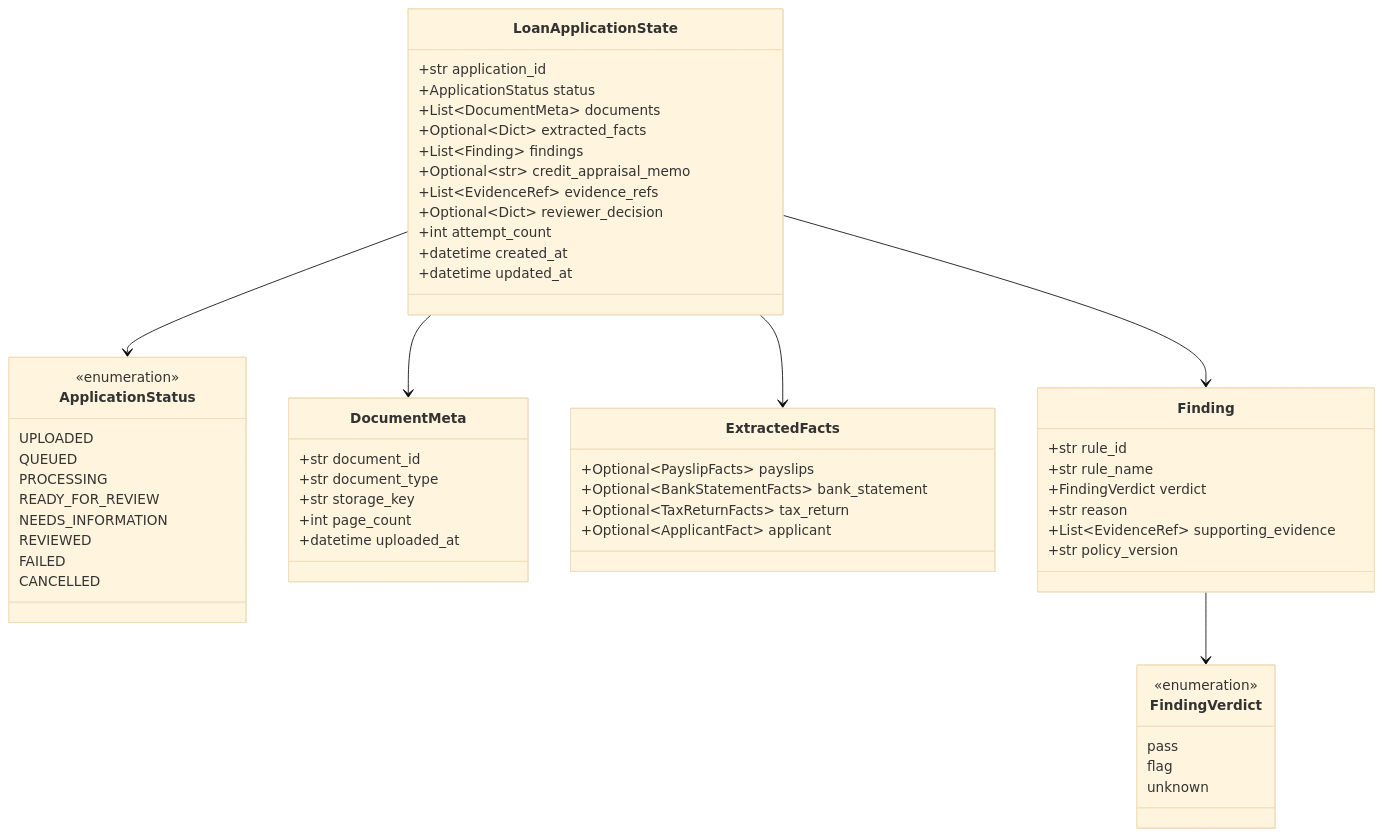
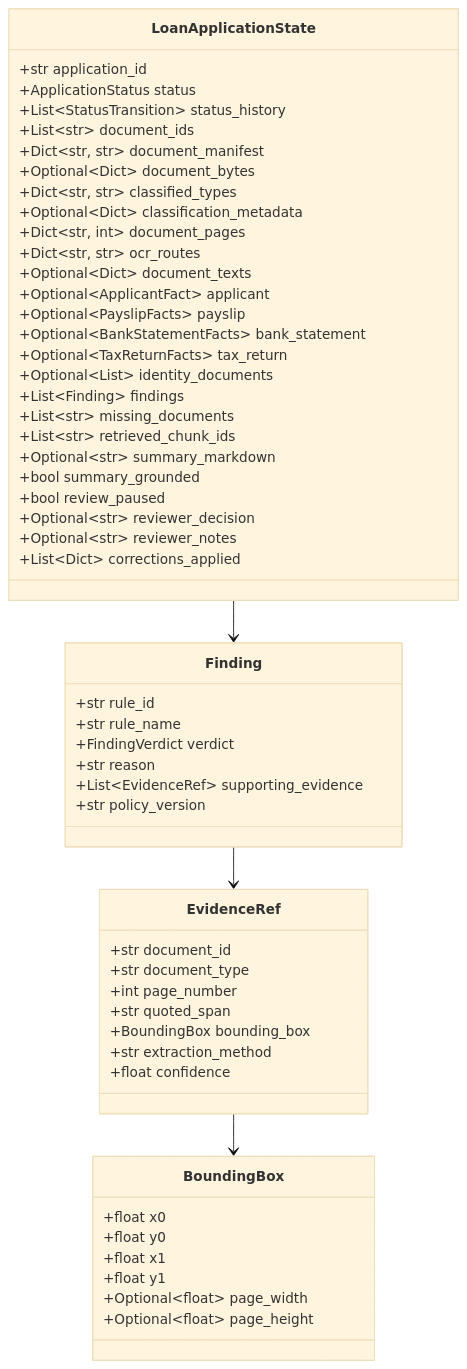
Before and after one commit to maczeo11/loan-doc-processing-agent: the third of 8 diagrams in docs/langgraph_workflow.md, drawn with Mermaid (base theme). The commit also changed other lines of this file, not shown here.

Commit message:
docs: update LangGraph workflow documentation with authoritative Mermaid diagrams

````diff
--- a/docs/langgraph_workflow.md
+++ b/docs/langgraph_workflow.md
@@ -142,65 +168,62 @@
 ```mermaid
 classDiagram
     class LoanApplicationState {
         +str application_id
         +ApplicationStatus status
-        +List~DocumentMeta~ documents
-        +Optional~Dict~ extracted_facts
-        +List~Finding~ findings
-        +Optional~str~ credit_appraisal_memo
-        +List~EvidenceRef~ evidence_refs
-        +Optional~Dict~ reviewer_decision
-        +int attempt_count
-        +datetime created_at
-        +datetime updated_at
-    }
-    
-    class ApplicationStatus {
-        <<enumeration>>
-        UPLOADED
-        QUEUED
-        PROCESSING
-        READY_FOR_REVIEW
-        NEEDS_INFORMATION
-        REVIEWED
-        FAILED
-        CANCELLED
-    }
-    
-    class DocumentMeta {
-        +str document_id
-        +str document_type
-        +str storage_key
-        +int page_count
-        +datetime uploaded_at
-    }
-    
-    class ExtractedFacts {
-        +Optional~PayslipFacts~ payslips
+        +List~StatusTransition~ status_history
+        +List~str~ document_ids
+        +Dict~str, str~ document_manifest
+        +Optional~Dict~ document_bytes
+        +Dict~str, str~ classified_types
+        +Optional~Dict~ classification_metadata
+        +Dict~str, int~ document_pages
+        +Dict~str, str~ ocr_routes
+        +Optional~Dict~ document_texts
+        +Optional~ApplicantFact~ applicant
+        +Optional~PayslipFacts~ payslip
         +Optional~BankStatementFacts~ bank_statement
         +Optional~TaxReturnFacts~ tax_return
-        +Optional~ApplicantFact~ applicant
+        +Optional~List~ identity_documents
+        +List~Finding~ findings
+        +List~str~ missing_documents
+        +List~str~ retrieved_chunk_ids
+        +Optional~str~ summary_markdown
+        +bool summary_grounded
+        +bool review_paused
+        +Optional~str~ reviewer_decision
+        +Optional~str~ reviewer_notes
+        +List~Dict~ corrections_applied
     }
-    
+
     class Finding {
         +str rule_id
         +str rule_name
         +FindingVerdict verdict
         +str reason
         +List~EvidenceRef~ supporting_evidence
         +str policy_version
     }
-    
-    class FindingVerdict {
-        <<enumeration>>
-        pass
-        flag
-        unknown
+
+    class EvidenceRef {
+        +str document_id
+        +str document_type
+        +int page_number
+        +str quoted_span
+        +BoundingBox bounding_box
+        +str extraction_method
+        +float confidence
     }
-    
-    LoanApplicationState --> ApplicationStatus
-    LoanApplicationState --> DocumentMeta
-    LoanApplicationState --> ExtractedFacts
+
+    class BoundingBox {
+        +float x0
+        +float y0
+        +float x1
+        +float y1
+        +Optional~float~ page_width
+        +Optional~float~ page_height
+    }
+
     LoanApplicationState --> Finding
-    Finding --> FindingVerdict
+    Finding --> EvidenceRef
+    EvidenceRef --> BoundingBox
 ```
````
